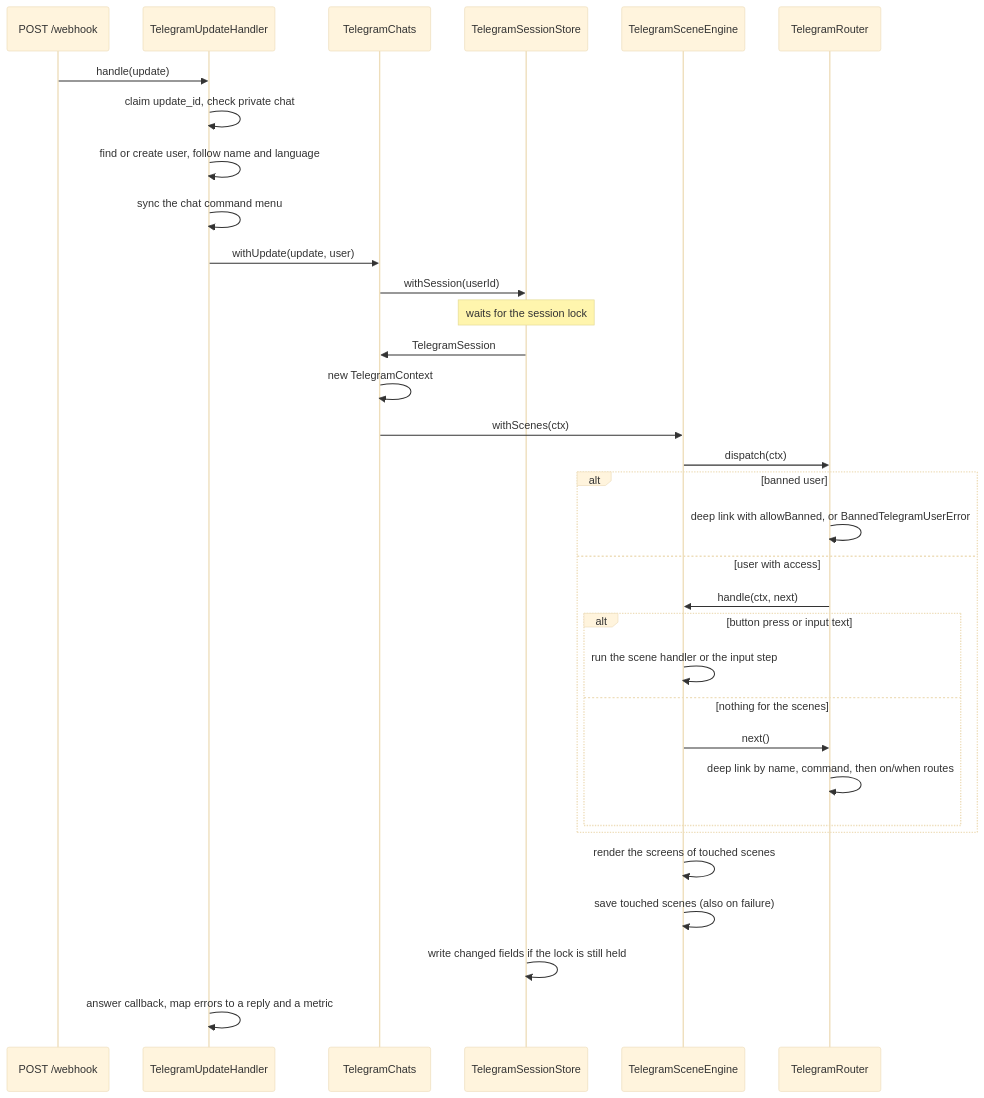
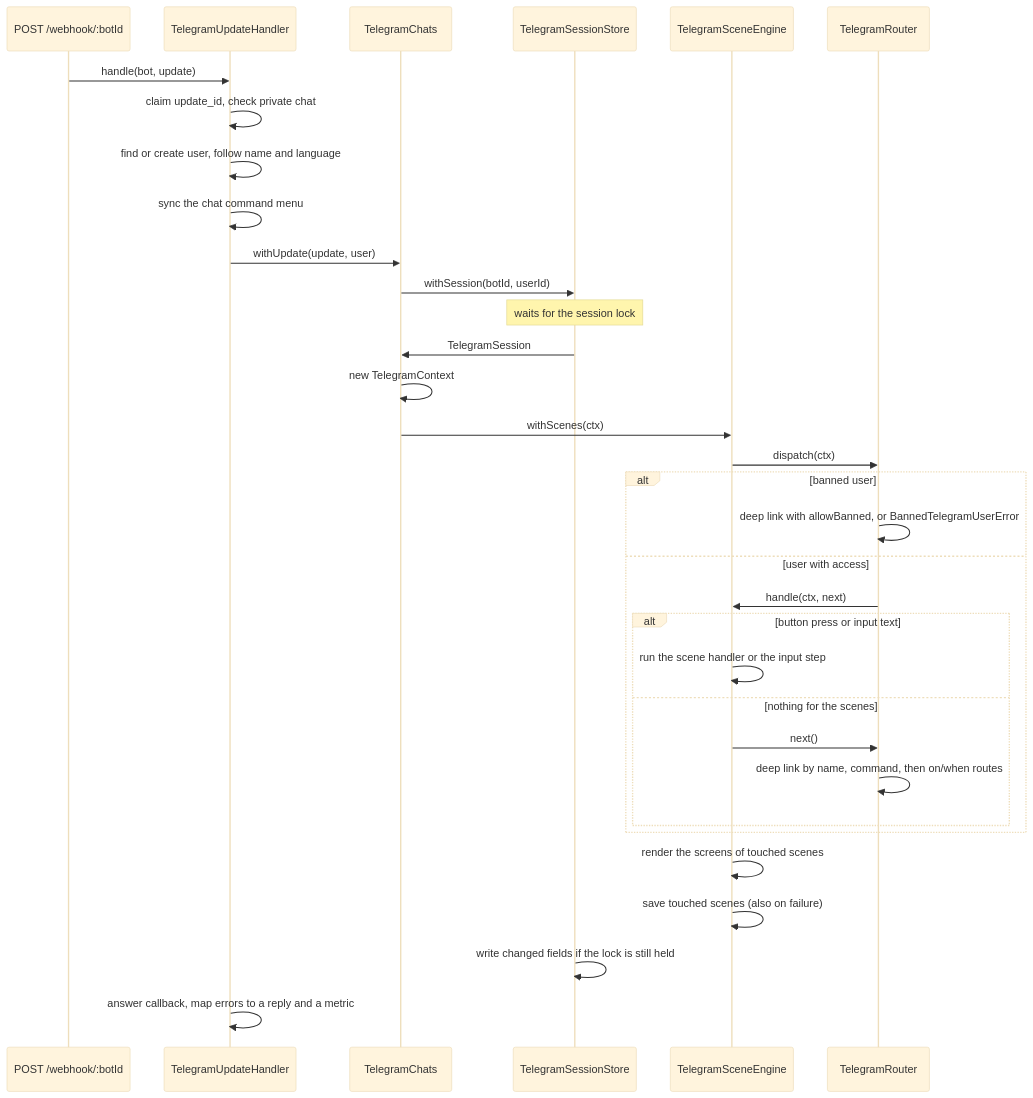
Before and after one commit to ayuvlasenko/smart-assistant: the second of 6 diagrams in apps/server/src/plugins/app/telegram/README.md, drawn with Mermaid (base theme). The commit also changed other lines of this file and 44 other files, not shown here.

````diff
--- a/apps/server/src/plugins/app/telegram/README.md
+++ b/apps/server/src/plugins/app/telegram/README.md
@@ -270,36 +298,36 @@
 ```mermaid
 sequenceDiagram
-    participant R as POST /webhook
+    participant R as POST /webhook/:botId
     participant H as TelegramUpdateHandler
     participant C as TelegramChats
     participant S as TelegramSessionStore
     participant E as TelegramSceneEngine
     participant Rt as TelegramRouter
 
-    R->>H: handle(update)
+    R->>H: handle(bot, update)
     H->>H: claim update_id, check private chat
     H->>H: find or create user, follow name and language
     H->>H: sync the chat command menu
     H->>C: withUpdate(update, user)
-    C->>S: withSession(userId)
+    C->>S: withSession(botId, userId)
     Note over S: waits for the session lock
     S->>C: TelegramSession
     C->>C: new TelegramContext
     C->>E: withScenes(ctx)
     E->>Rt: dispatch(ctx)
     alt banned user
         Rt->>Rt: deep link with allowBanned, or BannedTelegramUserError
     else user with access
         Rt->>E: handle(ctx, next)
         alt button press or input text
             E->>E: run the scene handler or the input step
         else nothing for the scenes
             E->>Rt: next()
             Rt->>Rt: deep link by name, command, then on/when routes
         end
     end
     E->>E: render the screens of touched scenes
     E->>E: save touched scenes (also on failure)
     S->>S: write changed fields if the lock is still held
     H->>H: answer callback, map errors to a reply and a metric
 ```
````
